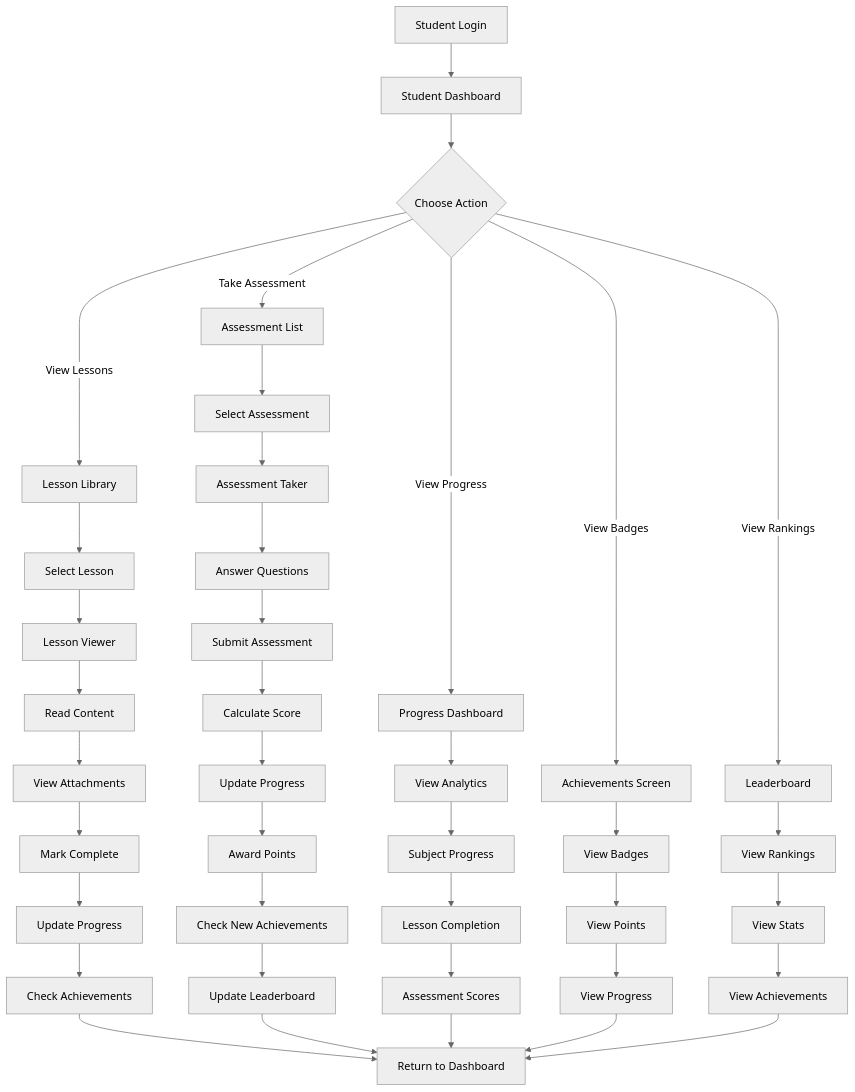
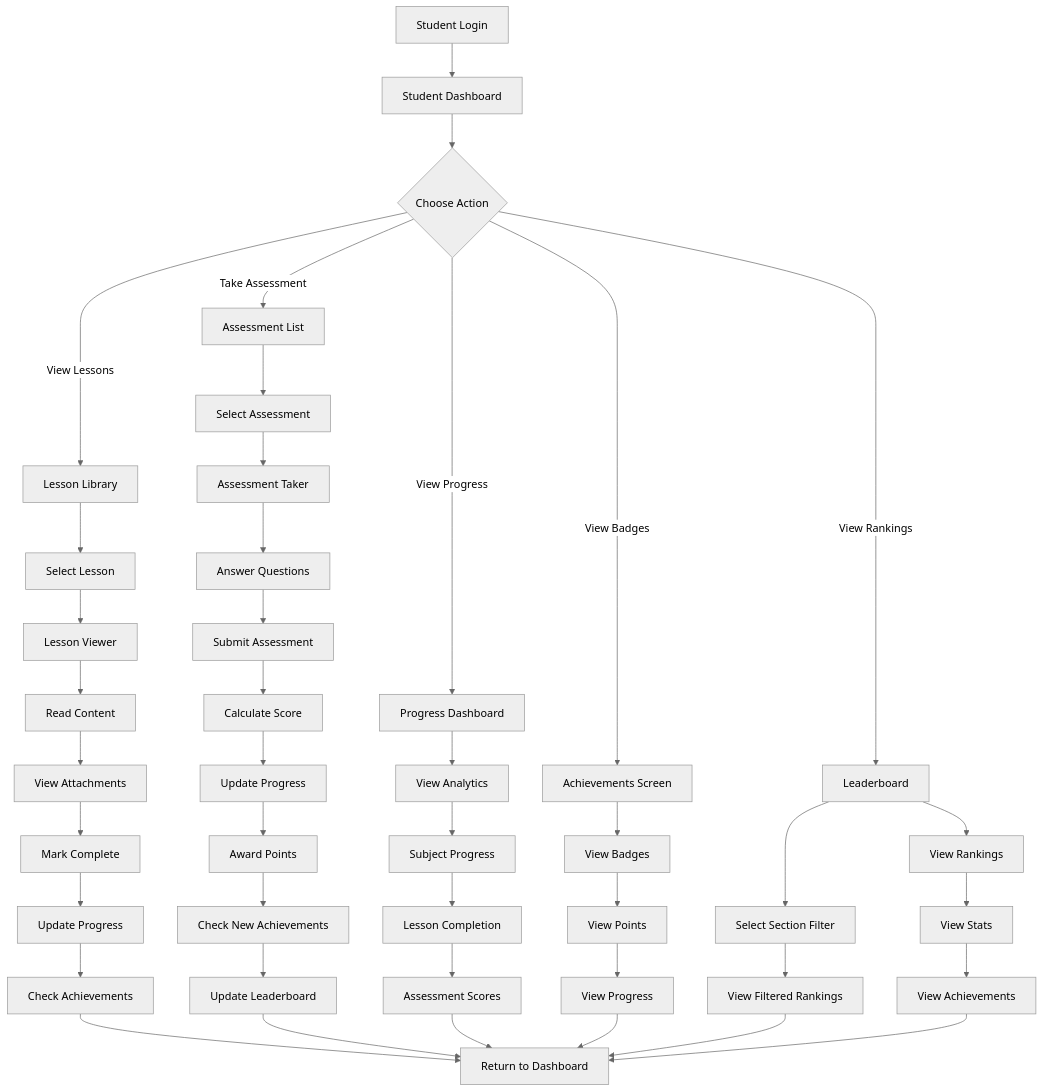
Diagram 15 of 18 in architecture_diagram.md (NullVoidKage/hopes), drawn with Mermaid (neutral theme) before and after one commit. The commit also changed other lines of this file and 5 other files, not shown here.

````diff
--- a/architecture_diagram.md
+++ b/architecture_diagram.md
@@ -839,47 +841,50 @@
 ```mermaid
 flowchart TD
     A[Student Login] --> B[Student Dashboard]
     B --> C{Choose Action}
     
     C -->|View Lessons| D[Lesson Library]
     C -->|Take Assessment| E[Assessment List]
     C -->|View Progress| F[Progress Dashboard]
     C -->|View Badges| G[Achievements Screen]
     C -->|View Rankings| H[Leaderboard]
+    H --> H1[Select Section Filter]
+    H1 --> H2[View Filtered Rankings]
+    H2 --> P
     
     D --> I[Select Lesson]
     I --> J[Lesson Viewer]
     J --> K[Read Content]
     K --> L[View Attachments]
     L --> M[Mark Complete]
     M --> N[Update Progress]
     N --> O[Check Achievements]
     O --> P[Return to Dashboard]
     
     E --> Q[Select Assessment]
     Q --> R[Assessment Taker]
     R --> S[Answer Questions]
     S --> T[Submit Assessment]
     T --> U[Calculate Score]
     U --> V[Update Progress]
     V --> W[Award Points]
     W --> X[Check New Achievements]
     X --> Y[Update Leaderboard]
     Y --> P
     
     F --> Z[View Analytics]
     Z --> AA[Subject Progress]
     AA --> BB[Lesson Completion]
     BB --> CC[Assessment Scores]
     CC --> P
     
     G --> DD[View Badges]
     DD --> EE[View Points]
     EE --> FF[View Progress]
     FF --> P
     
     H --> GG[View Rankings]
     GG --> HH[View Stats]
     HH --> II[View Achievements]
     II --> P
 ```
````
